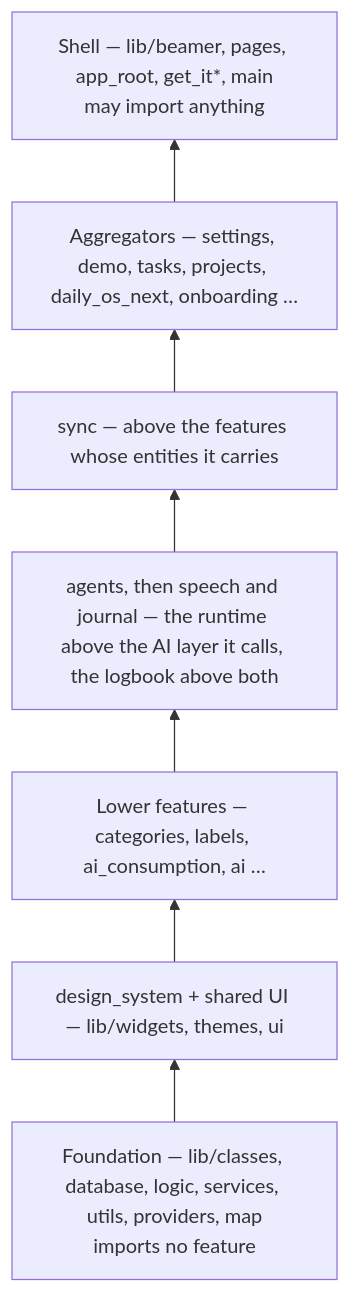
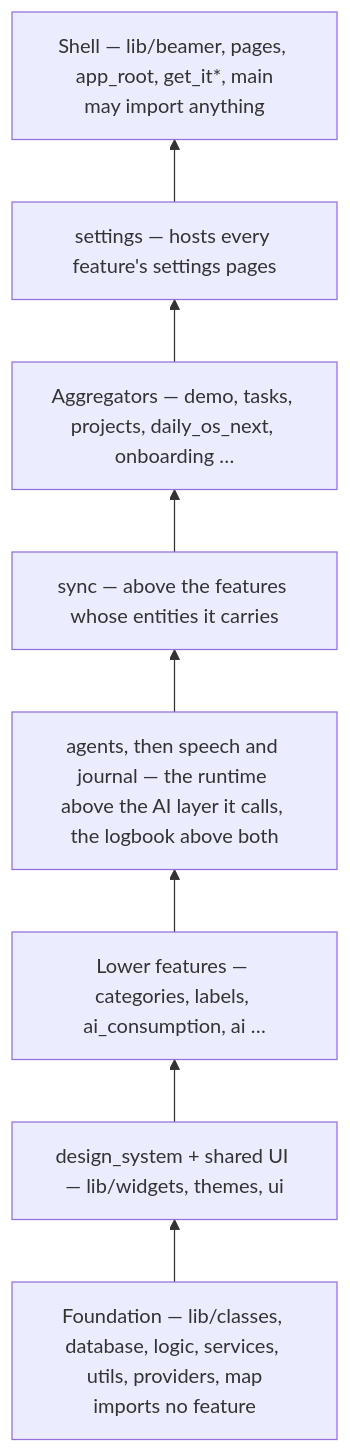
The second of 2 diagrams in knowledge/architecture/overview.md (matthiasn/lotti), drawn with Mermaid before and after one commit. The commit also changed other lines of this file and 77 other files, not shown here.

First line of the commit message:
refactor(architecture): settings ranks above the features it hosts, breaks 85 → 75

````diff
--- a/knowledge/architecture/overview.md
+++ b/knowledge/architecture/overview.md
@@ -105,11 +105,12 @@
 ```mermaid
 flowchart BT
   Foundation["Foundation — lib/classes, database, logic, services, utils, providers, map<br/>imports no feature"]
   DS["design_system + shared UI — lib/widgets, themes, ui"]
   Low["Lower features — categories, labels, ai_consumption, ai …"]
   Agents["agents, then speech and journal — the runtime above the AI layer it calls, the logbook above both"]
   Sync["sync — above the features whose entities it carries"]
-  High["Aggregators — settings, demo, tasks, projects, daily_os_next, onboarding …"]
+  High["Aggregators — demo, tasks, projects, daily_os_next, onboarding …"]
+  Settings["settings — hosts every feature's settings pages"]
   Shell["Shell — lib/beamer, pages, app_root, get_it*, main<br/>may import anything"]
-  Foundation --> DS --> Low --> Agents --> Sync --> High --> Shell
+  Foundation --> DS --> Low --> Agents --> Sync --> High --> Settings --> Shell
 ```
````
